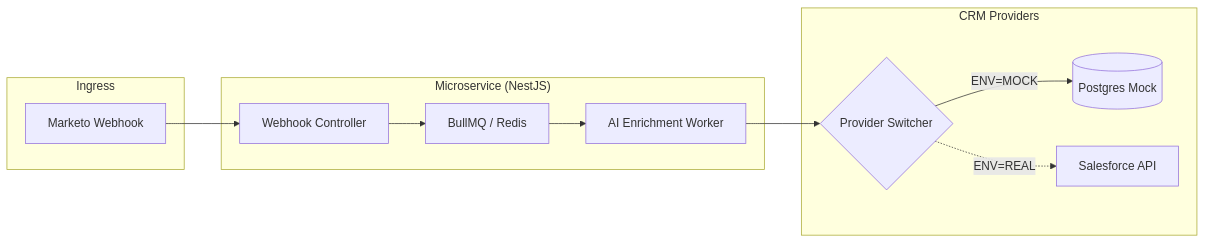
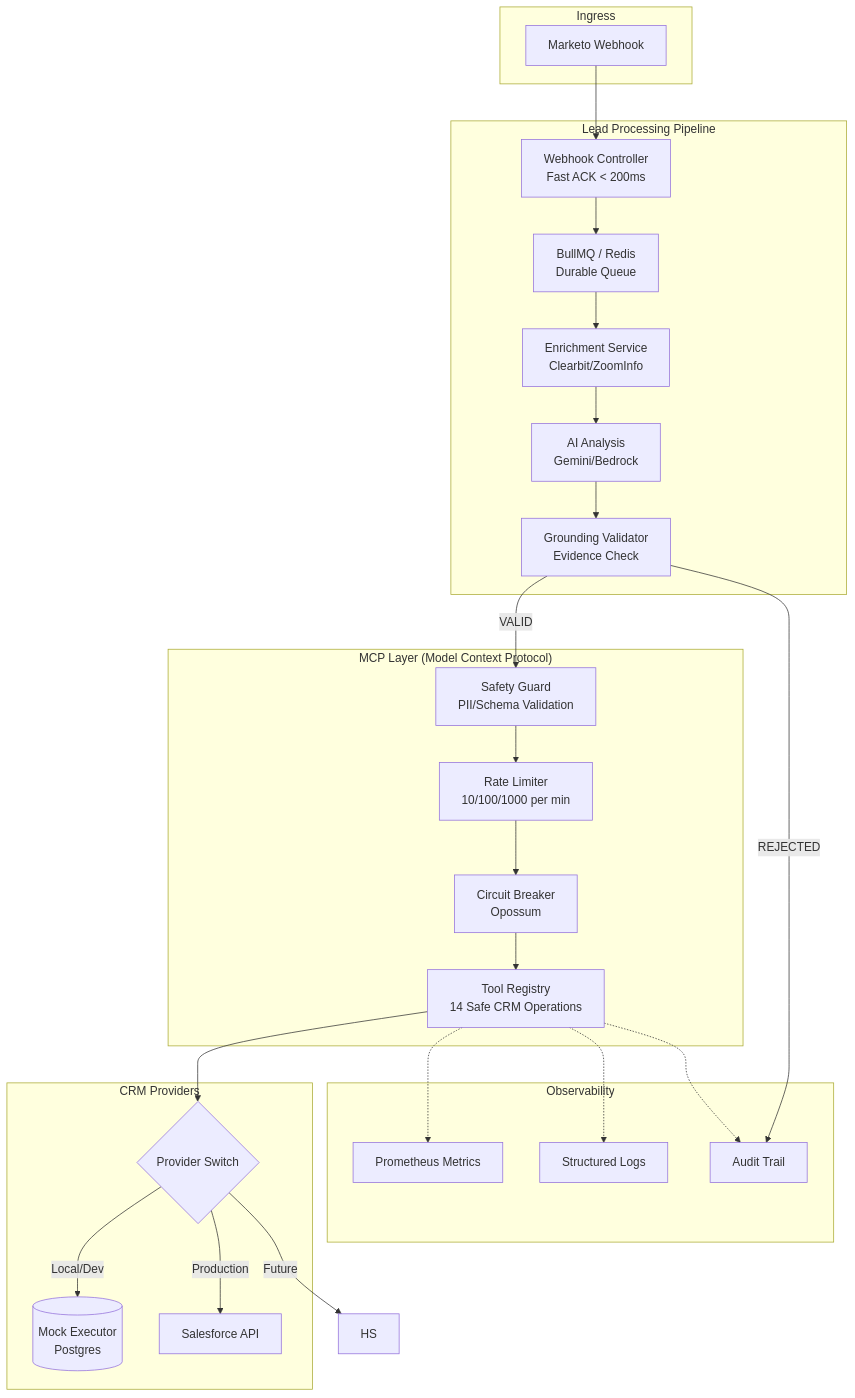
Before and after one commit to sphoortimirji5/Lead-to-Revenue-Catalyst: the first of 2 diagrams in README.md, drawn with Mermaid. The commit also changed other lines of this file and 71 other files, not shown here.

Commit message:
Add MCP layer, fix lint errors, clean up docs

````diff
--- a/README.md
+++ b/README.md
@@ -23,25 +38,51 @@
 ```mermaid
-graph LR
-    subgraph "Ingress"
+flowchart TB
+    subgraph Ingress["Ingress"]
         M[Marketo Webhook]
     end
 
-    subgraph "Microservice (NestJS)"
-        C[Webhook Controller]
-        Q[BullMQ / Redis]
-        W[AI Enrichment Worker]
+    subgraph Pipeline["Lead Processing Pipeline"]
+        C[Webhook Controller<br/>Fast ACK < 200ms]
+        Q[BullMQ / Redis<br/>Durable Queue]
+        E[Enrichment Service<br/>Clearbit/ZoomInfo]
+        AI[AI Analysis<br/>Gemini/Bedrock]
+        G[Grounding Validator<br/>Evidence Check]
     end
 
-    subgraph "CRM Providers"
-        P{Provider Switcher}
-        DB[(Postgres Mock)]
-        API[Salesforce API]
+    subgraph MCP["MCP Layer (Model Context Protocol)"]
+        S[Safety Guard<br/>PII/Schema Validation]
+        R[Rate Limiter<br/>10/100/1000 per min]
+        CB[Circuit Breaker<br/>Opossum]
+        T[Tool Registry<br/>14 Safe CRM Operations]
+    end
+
+    subgraph CRM["CRM Providers"]
+        P{Provider Switch}
+        MOCK[(Mock Executor<br/>Postgres)]
+        SF[Salesforce API]
+    end
+
+    subgraph Observability["Observability"]
+        MET[Prometheus Metrics]
+        LOG[Structured Logs]
+        AUDIT[Audit Trail]
     end
 
     M --> C
     C --> Q
-    Q --> W
-    W --> P
-    P -->|ENV=MOCK| DB
-    P -.->|ENV=REAL| API
+    Q --> E
+    E --> AI
+    AI --> G
+    G -->|VALID| S
+    G -->|REJECTED| AUDIT
+    S --> R
+    R --> CB
+    CB --> T
+    T --> P
+    P -->|Local/Dev| MOCK
+    P -->|Production| SF
+    P -->|Future| HS
+    T -.-> MET
+    T -.-> LOG
+    T -.-> AUDIT
 ```
````
